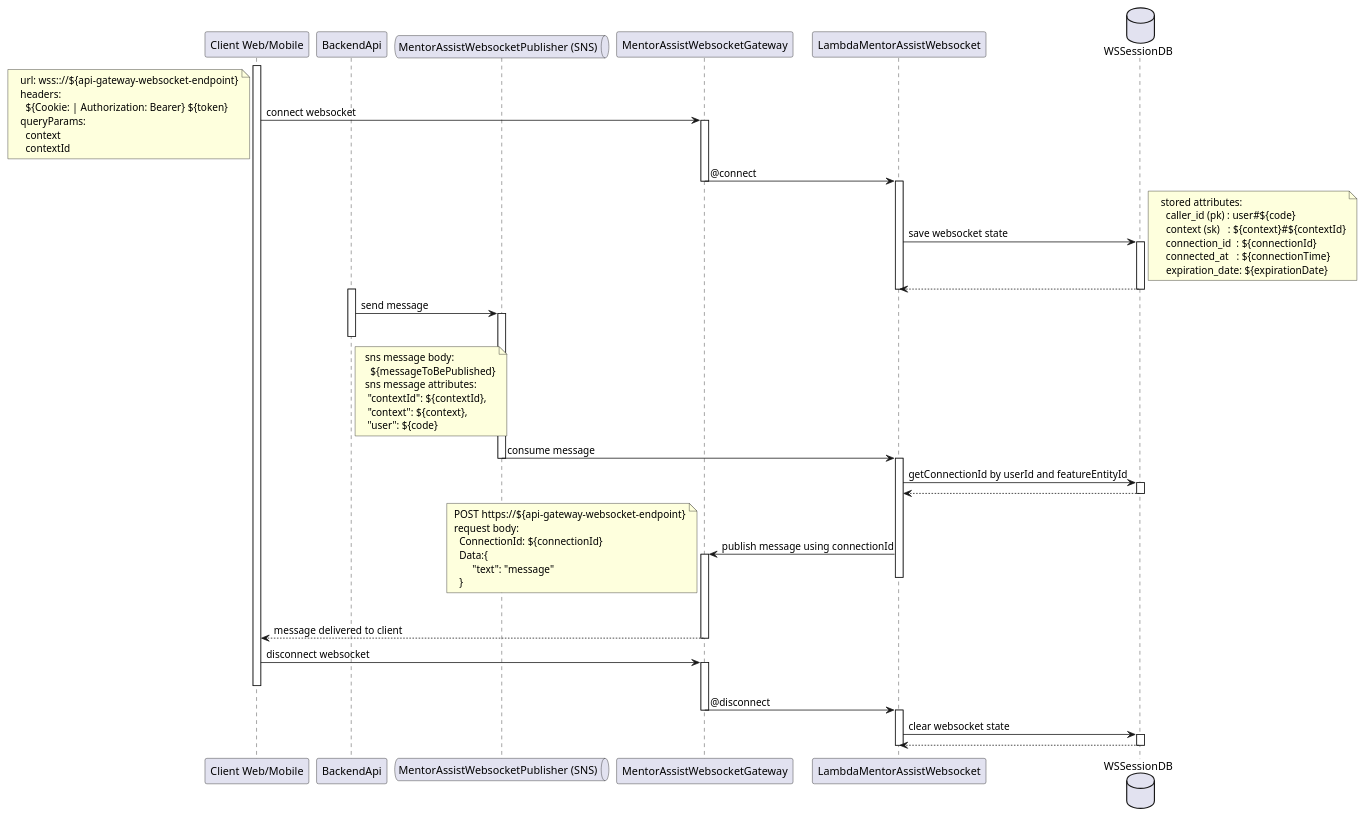
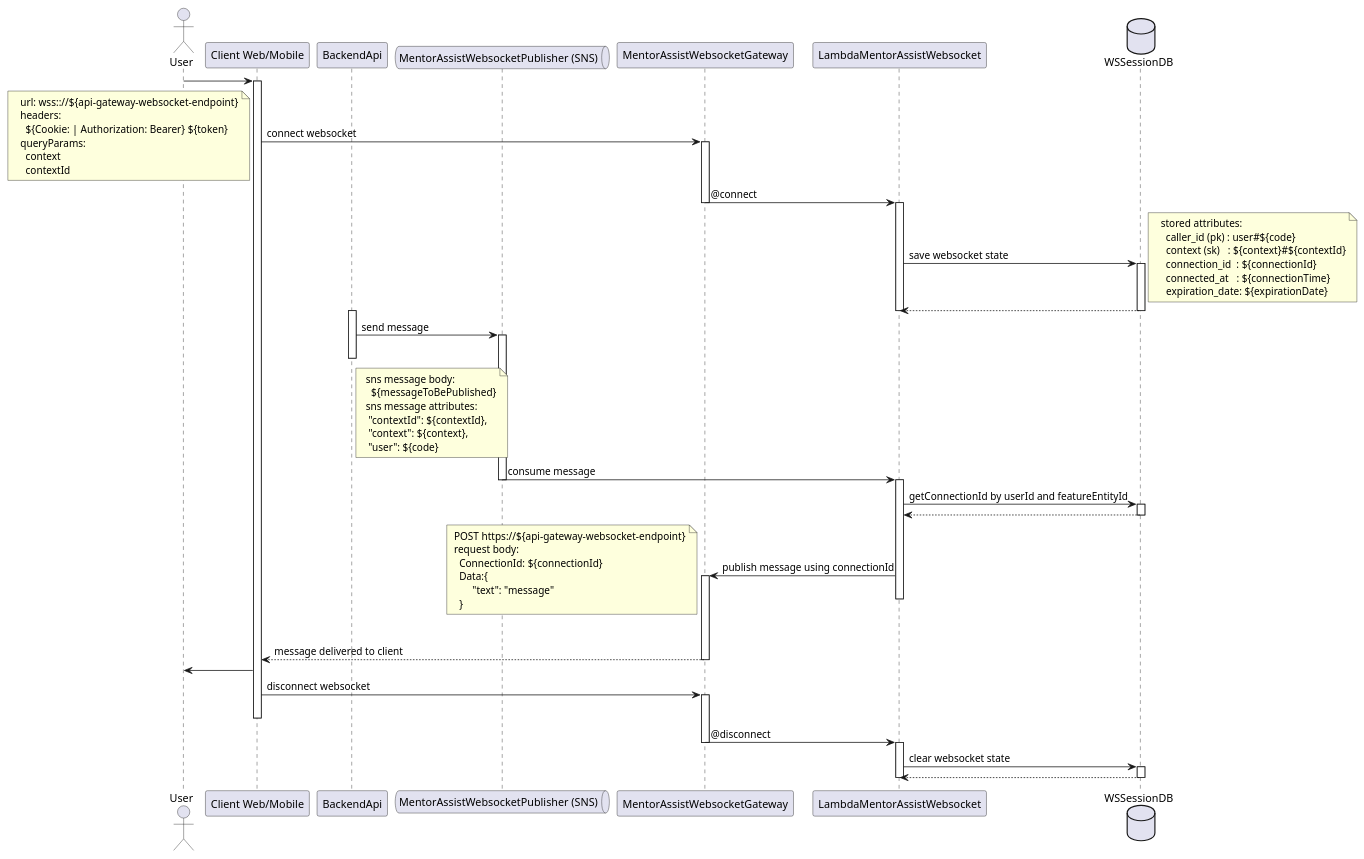
The diagram in doc/architecture/design/diagrams/success-flow-sequence-diagram.md (rodolfo-felipe/serverless-websocket-communicator), drawn with PlantUML before and after one commit. The commit also changed other lines of this file and 1 other file, not shown here.

Commit message:
Melhorando diagrama de sucesso adicionando ator "Usuário" e título do índice de documentação.

````diff
--- a/doc/architecture/design/diagrams/success-flow-sequence-diagram.md
+++ b/doc/architecture/design/diagrams/success-flow-sequence-diagram.md
@@ -5,12 +5,15 @@
 ```plantuml
 @startuml
 
+actor User
 participant Client as "Client Web/Mobile"
 participant BackendApi
 queue       MentorAssistWebsocketPublisher as "MentorAssistWebsocketPublisher (SNS)"
 participant MentorAssistWebsocketGateway
 participant LambdaMentorAssistWebsocket
 database WSSessionDB
+
+User -> Client
 
 activate Client
 Client -> MentorAssistWebsocketGateway: connect websocket
@@ -80,6 +83,9 @@
 
 MentorAssistWebsocketGateway --> Client: message delivered to client
 deactivate MentorAssistWebsocketGateway
+
+Client -> User
+
 Client -> MentorAssistWebsocketGateway: disconnect websocket
 activate MentorAssistWebsocketGateway
 deactivate Client
````
